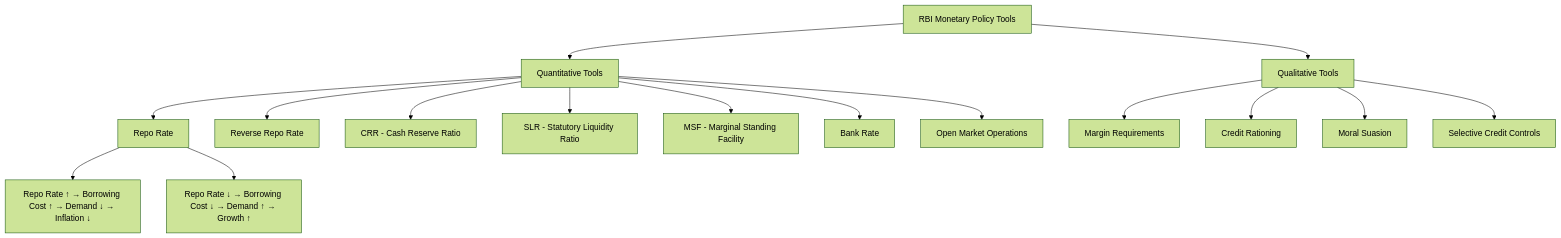
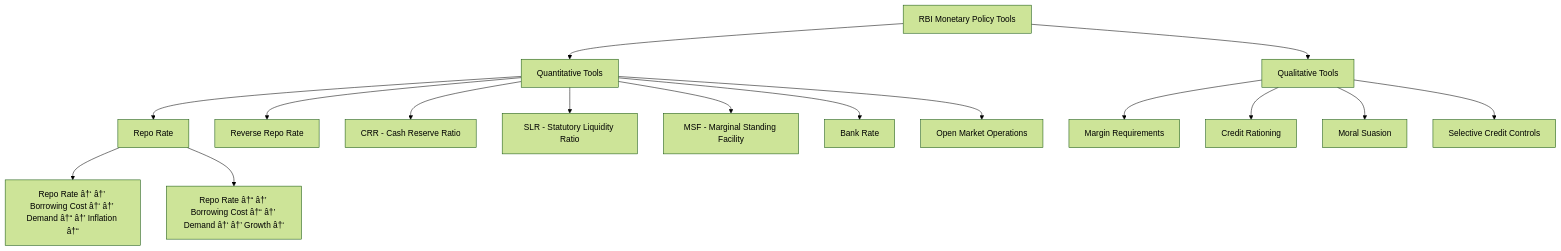
One commit to Raushan666java/ai-engineering-journey changed the second of 4 diagrams in docs/courses/banking-financial-awareness/01-rbi-monetary-policy.md. Above: the diagram before and after it, drawn with Mermaid (forest theme). The commit also changed other lines of this file and 735 other files, not shown here.

````diff
--- a/docs/courses/banking-financial-awareness/01-rbi-monetary-policy.md
+++ b/docs/courses/banking-financial-awareness/01-rbi-monetary-policy.md
@@ -120,21 +120,21 @@
 ```mermaid
 flowchart TD
     A[RBI Monetary Policy Tools] --> B[Quantitative Tools]
     A --> C[Qualitative Tools]
     
     B --> D[Repo Rate]
     B --> E[Reverse Repo Rate]
     B --> F[CRR - Cash Reserve Ratio]
     B --> G[SLR - Statutory Liquidity Ratio]
     B --> H[MSF - Marginal Standing Facility]
     B --> I[Bank Rate]
     B --> J[Open Market Operations]
     
     C --> K[Margin Requirements]
     C --> L[Credit Rationing]
     C --> M[Moral Suasion]
     C --> N[Selective Credit Controls]
     
-    D --> O[Repo Rate ↑ → Borrowing Cost ↑ → Demand ↓ → Inflation ↓]
-    D --> P[Repo Rate ↓ → Borrowing Cost ↓ → Demand ↑ → Growth ↑]
+    D --> O[Repo Rate â†‘ â†’ Borrowing Cost â†‘ â†’ Demand â†“ â†’ Inflation â†“]
+    D --> P[Repo Rate â†“ â†’ Borrowing Cost â†“ â†’ Demand â†‘ â†’ Growth â†‘]
 ```
````
